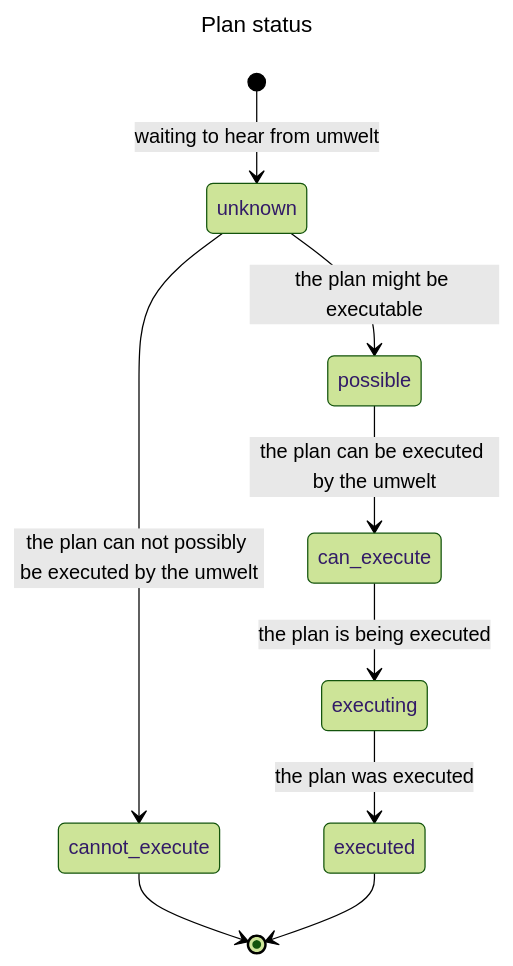
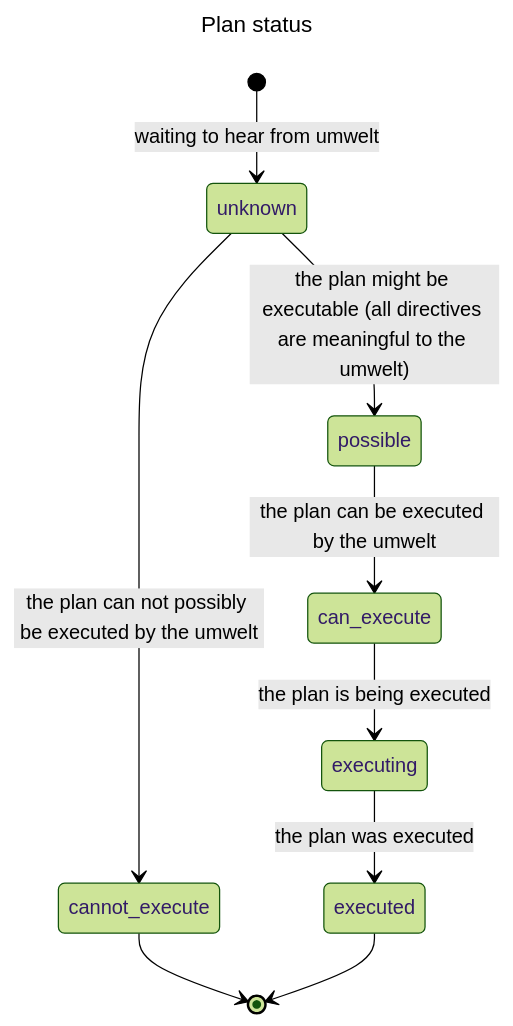
Before and after one commit to jfcloutier/karma_system: the second of 2 diagrams in design_notes/acting.md, drawn with Mermaid (forest theme). The commit also changed other lines of this file, not shown here.

````diff
--- a/design_notes/acting.md
+++ b/design_notes/acting.md
@@ -301,14 +276,14 @@
 ```mermaid
 ---
 title: Plan status
 ---
 stateDiagram-v2
   [*] --> unknown : waiting to hear from umwelt
-  unknown --> possible : the plan might be executable
+  unknown --> possible : the plan might be executable (all directives are meaningful to the umwelt)
   unknown --> cannot_execute : the plan can not possibly be executed by the umwelt
   cannot_execute --> [*]
   possible --> can_execute : the plan can be executed by the umwelt
   can_execute --> executing : the plan is being executed
   executing --> executed : the plan was executed
   executed --> [*]
 ```
````
